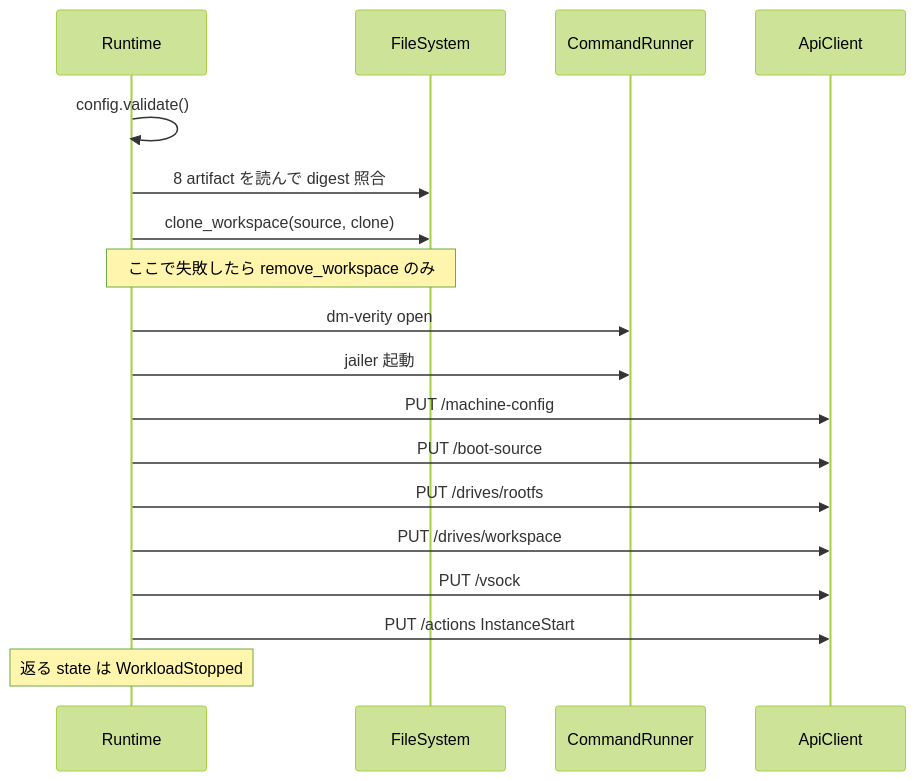
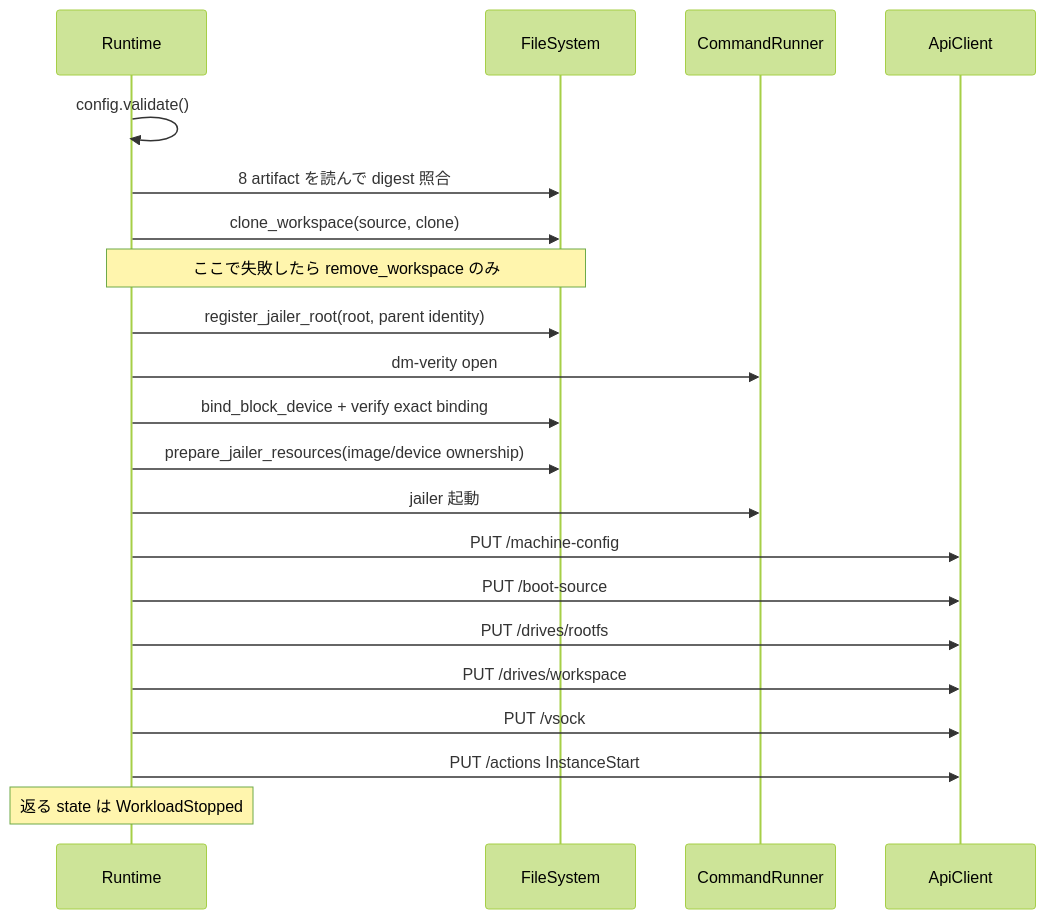
The diagram in docs/firecracker-runtime/launch-sequence.md (Aqua-218/SecCamp-AIAgent), drawn with Mermaid (forest theme) before and after one commit. The commit also changed other lines of this file, not shown here.

First line of the commit message:
docs(firecracker-runtime): add the jail root registration to the sequence

````diff
--- a/docs/firecracker-runtime/launch-sequence.md
+++ b/docs/firecracker-runtime/launch-sequence.md
@@ -19,21 +19,24 @@
 ```mermaid
 sequenceDiagram
     participant R as Runtime
     participant FS as FileSystem
     participant CR as CommandRunner
     participant API as ApiClient
 
     R->>R: config.validate()
     R->>FS: 8 artifact を読んで digest 照合
     R->>FS: clone_workspace(source, clone)
     Note over R,FS: ここで失敗したら remove_workspace のみ
+    R->>FS: register_jailer_root(root, parent identity)
     R->>CR: dm-verity open
+    R->>FS: bind_block_device + verify exact binding
+    R->>FS: prepare_jailer_resources(image/device ownership)
     R->>CR: jailer 起動
     R->>API: PUT /machine-config
     R->>API: PUT /boot-source
     R->>API: PUT /drives/rootfs
     R->>API: PUT /drives/workspace
     R->>API: PUT /vsock
     R->>API: PUT /actions InstanceStart
     Note over R: 返る state は WorkloadStopped
 ```
````
